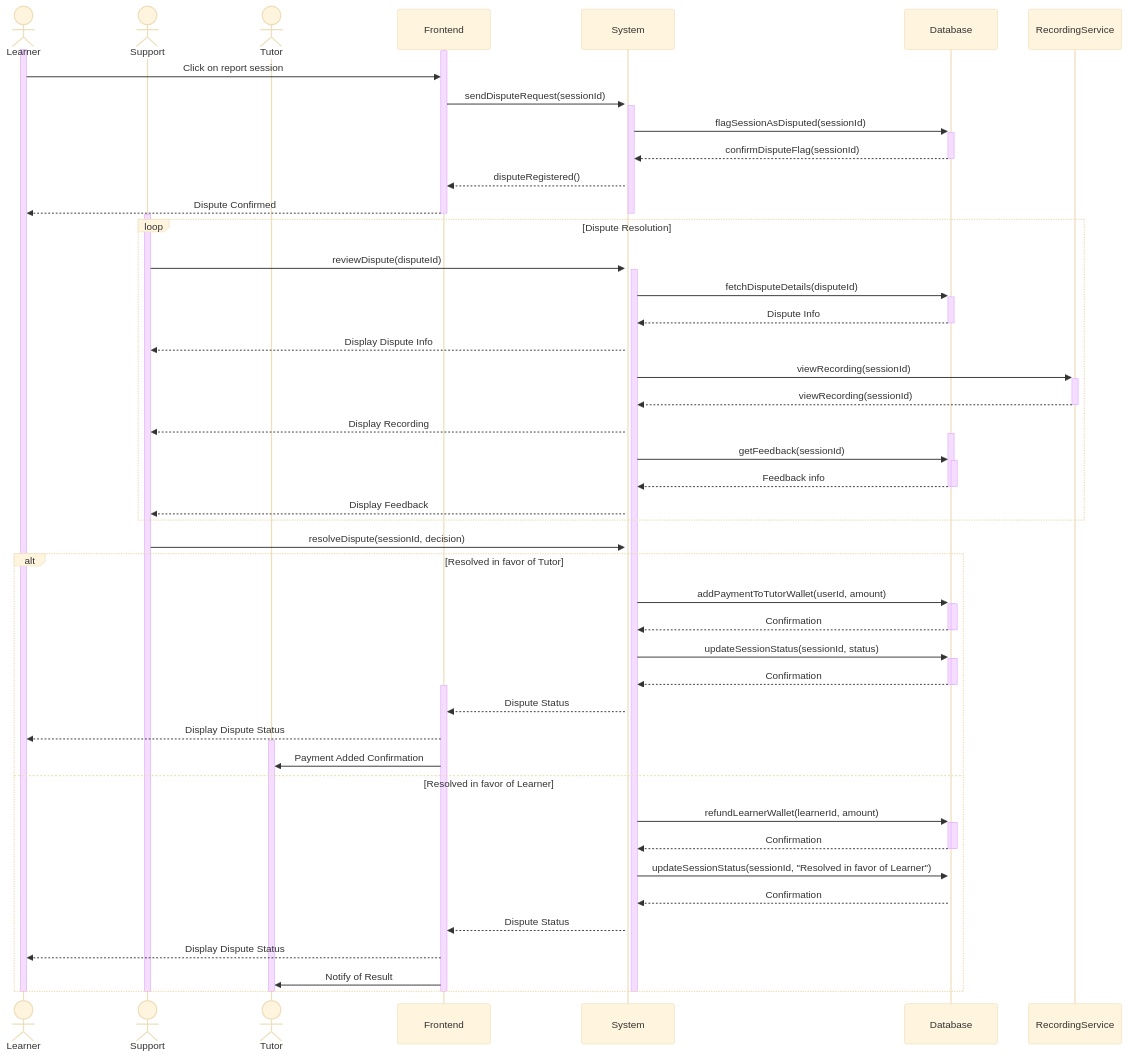
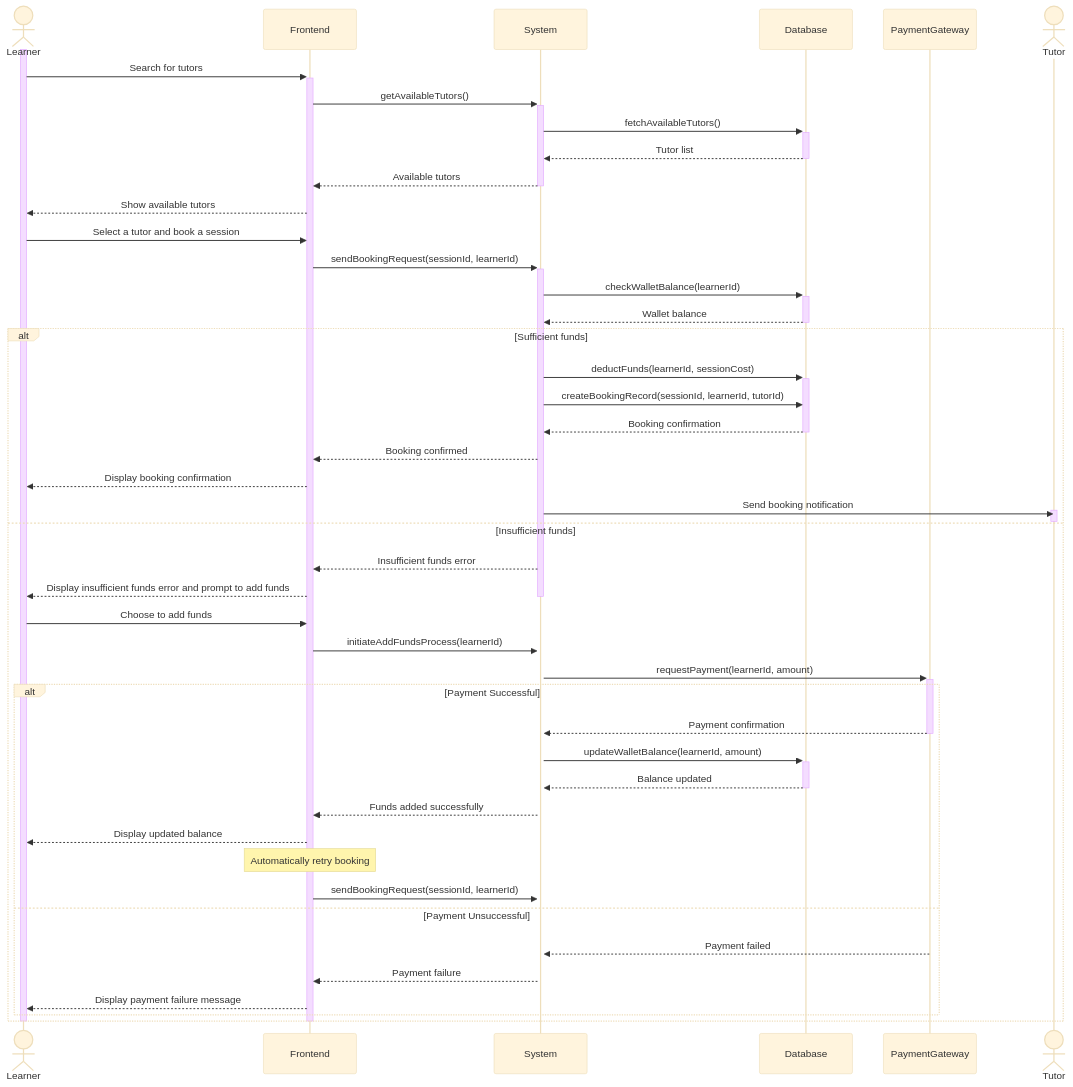
One commit to Shaar03/Diagrams changed the diagram in disputeHandling.mermaid. Above: the diagram before and after it, drawn with Mermaid (base theme).

```diff
--- a/disputeHandling.mermaid
+++ b/disputeHandling.mermaid
@@ -1,71 +1,51 @@
 sequenceDiagram
     actor Learner
-    actor Support
-    actor Tutor
     participant Frontend
     participant System
     participant Database
-    participant RecordingService
+    participant PaymentGateway
+    actor Tutor
 
     activate Learner
-    activate Frontend
-    Learner->>Frontend: Click on report session
-    Frontend->>+System: sendDisputeRequest(sessionId)
-    activate System
-    System->>+Database: flagSessionAsDisputed(sessionId)
-    Database-->>-System: confirmDisputeFlag(sessionId)
-    System-->>Frontend: disputeRegistered()
-    Frontend-->>Learner: Dispute Confirmed
-    deactivate System
+    Learner->>+Frontend: Search for tutors
+    Frontend->>+System: getAvailableTutors()
+    System->>+Database: fetchAvailableTutors()
+    Database-->>-System: Tutor list
+    System-->>-Frontend: Available tutors
+    Frontend-->>Learner: Show available tutors
+    Learner->>Frontend: Select a tutor and book a session
+    Frontend->>+System: sendBookingRequest(sessionId, learnerId)
+    System->>+Database: checkWalletBalance(learnerId)
+    Database-->>-System: Wallet balance
+    alt Sufficient funds
+        System->>+Database: deductFunds(learnerId, sessionCost)
+        System->>Database: createBookingRecord(sessionId, learnerId, tutorId)
+        Database-->>-System: Booking confirmation
+        System-->>Frontend: Booking confirmed
+        Frontend-->>Learner: Display booking confirmation
+        System->>Tutor: Send booking notification
+        activate Tutor
+        deactivate Tutor
+    else Insufficient funds
+        System-->>Frontend: Insufficient funds error
+        Frontend-->>Learner: Display insufficient funds error and prompt to add funds
+        deactivate System
+        Learner->>Frontend: Choose to add funds
+        Frontend->>+System: initiateAddFundsProcess(learnerId)
+        System->>+PaymentGateway: requestPayment(learnerId, amount)
+        alt Payment Successful
+            PaymentGateway-->>-System: Payment confirmation
+            System->>+Database: updateWalletBalance(learnerId, amount)
+            Database-->>-System: Balance updated
+            System-->>Frontend: Funds added successfully
+            Frontend-->>Learner: Display updated balance
+            Note over Frontend: Automatically retry booking
+            Frontend->>System: sendBookingRequest(sessionId, learnerId)
+        else Payment Unsuccessful
+            PaymentGateway-->>System: Payment failed
+            System-->>Frontend: Payment failure
+            Frontend-->>Learner: Display payment failure message
+        end
+    end
     deactivate Frontend
-
-    activate Support
-    activate System
-
-    loop Dispute Resolution
-        Support->>+System: reviewDispute(disputeId)
-        System->>+Database: fetchDisputeDetails(disputeId)
-        Database-->>-System: Dispute Info
-        System-->>Support: Display Dispute Info
-        System->>+RecordingService: viewRecording(sessionId)
-        RecordingService-->>-System: viewRecording(sessionId)
-        System-->>Support: Display Recording
-
-        activate Database
-        System->>+Database: getFeedback(sessionId)
-        Database-->>-System: Feedback info
-        deactivate Database
-        System-->>Support: Display Feedback
-    end
-
-    Support->>System: resolveDispute(sessionId, decision)
-    alt Resolved in favor of Tutor
-        System->>+Database: addPaymentToTutorWallet(userId, amount)
-        activate Database
-        Database-->>-System: Confirmation
-        deactivate Database
-        System->>+Database: updateSessionStatus(sessionId, status)
-        activate Database
-        Database-->>-System: Confirmation
-        deactivate Database
-        activate Frontend
-        System-->>Frontend: Dispute Status
-        Frontend-->>Learner: Display Dispute Status
-        activate Tutor
-        Frontend->>Tutor: Payment Added Confirmation
-    else Resolved in favor of Learner
-        System->>+Database: refundLearnerWallet(learnerId, amount)
-        activate Database
-        Database-->>-System: Confirmation
-        deactivate Database
-        System->>+Database: updateSessionStatus(sessionId, "Resolved in favor of Learner")
-        Database-->>System: Confirmation
-        System-->>Frontend: Dispute Status
-        Frontend-->>Learner: Display Dispute Status
-        Frontend->>Tutor: Notify of Result
-    end
-    deactivate System
-    deactivate Frontend
-    deactivate Support
     deactivate Learner
-    deactivate Tutor
```
